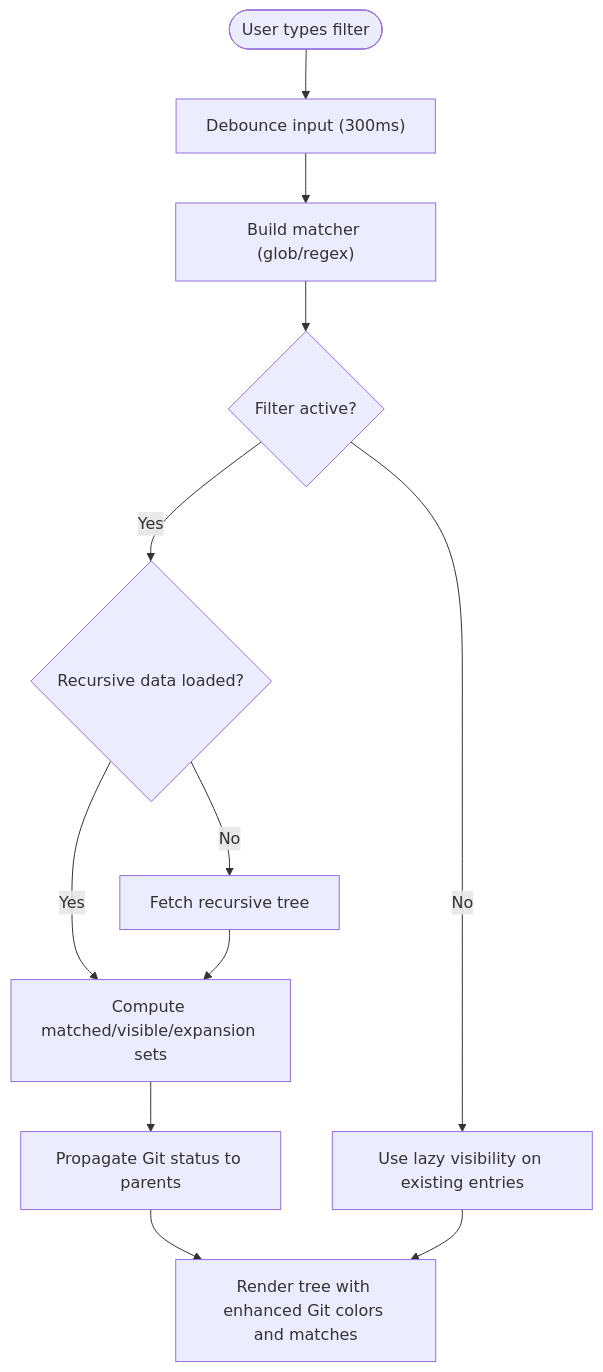
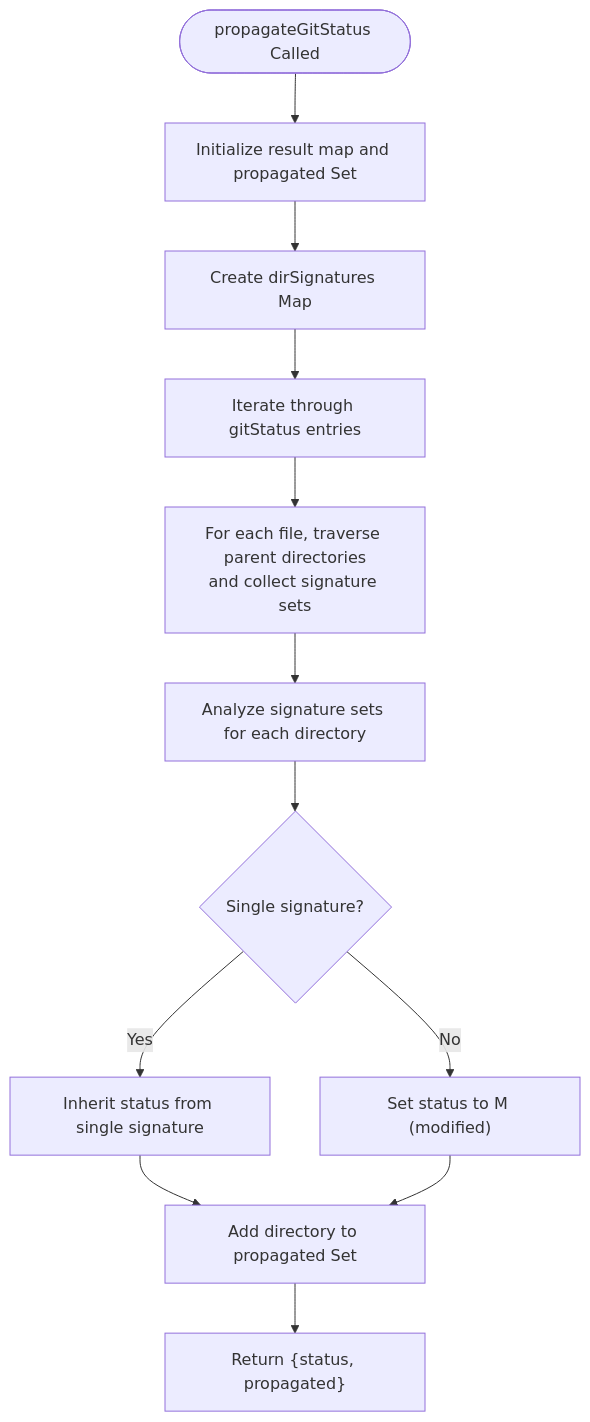
The seventh of 8 diagrams in .qoder/repowiki/en/content/Frontend Application/UI Components/Layout and Navigation Components.md (v0lka/c0wrk), drawn with Mermaid before and after one commit. The commit also changed other lines of this file and 5 other files, not shown here.

````diff
--- a/.qoder/repowiki/en/content/Frontend Application/UI Components/Layout and Navigation Components.md
+++ b/.qoder/repowiki/en/content/Frontend Application/UI Components/Layout and Navigation Components.md
@@ -351,14 +364,14 @@
 ```mermaid
 flowchart TD
-Start(["User types filter"]) --> Debounce["Debounce input (300ms)"]
-Debounce --> BuildMatcher["Build matcher (glob/regex)"]
-BuildMatcher --> IsActive{"Filter active?"}
-IsActive --> |No| UseLazy["Use lazy visibility on existing entries"]
-IsActive --> |Yes| CheckRecursive{"Recursive data loaded?"}
-CheckRecursive --> |No| FetchRecursive["Fetch recursive tree"]
-CheckRecursive --> |Yes| ComputeFilter["Compute matched/visible/expansion sets"]
-FetchRecursive --> ComputeFilter
-ComputeFilter --> PropagateGit["Propagate Git status to parents"]
-PropagateGit --> Render["Render tree with enhanced Git colors and matches"]
-UseLazy --> Render
+Start(["propagateGitStatus Called"]) --> Init["Initialize result map and propagated Set"]
+Init --> CreateMap["Create dirSignatures Map"]
+CreateMap --> IterateFiles["Iterate through gitStatus entries"]
+IterateFiles --> CollectSignatures["For each file, traverse parent directories<br/>and collect signature sets"]
+CollectSignatures --> AnalyzeSignatures["Analyze signature sets for each directory"]
+AnalyzeSignatures --> SingleSig{"Single signature?"}
+SingleSig --> |Yes| InheritStatus["Inherit status from single signature"]
+SingleSig --> |No| ModifiedStatus["Set status to M (modified)"]
+InheritStatus --> MarkPropagated["Add directory to propagated Set"]
+ModifiedStatus --> MarkPropagated
+MarkPropagated --> ReturnResult["Return {status, propagated}"]
 ```
````
